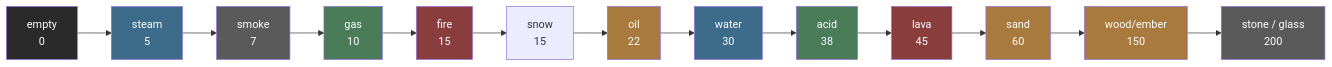
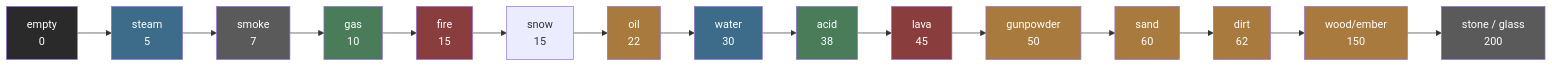
The third of 7 diagrams in docs/Sand/Adding-a-Material.md (jose-villegas/esp32-c6-dev), drawn with Mermaid before and after one commit. The commit also changed other lines of this file and 4 other files, not shown here.

Commit message:
docs(sand): gunpowder and the nibble-15 half-row split

````diff
--- a/docs/Sand/Adding-a-Material.md
+++ b/docs/Sand/Adding-a-Material.md
@@ -197,17 +197,19 @@
 ```mermaid
 flowchart LR
-    E["empty\n0"] --> S["steam\n5"] --> K["smoke\n7"] --> G["gas\n10"] --> F["fire\n15"] --> SN["snow\n15"] --> X["oil\n22"] --> W["water\n30"] --> AC["acid\n38"] --> LV["lava\n45"] --> A["sand\n60"] --> D["wood/ember\n150"] --> T["stone / glass\n200"]
+    E["empty\n0"] --> S["steam\n5"] --> K["smoke\n7"] --> G["gas\n10"] --> F["fire\n15"] --> SN["snow\n15"] --> X["oil\n22"] --> W["water\n30"] --> AC["acid\n38"] --> LV["lava\n45"] --> GP["gunpowder\n50"] --> A["sand\n60"] --> DT["dirt\n62"] --> D["wood/ember\n150"] --> T["stone / glass\n200"]
 
     style E fill:#2a2a2a,color:#fff
     style S fill:#3d6b8a,color:#fff
     style K fill:#5a5a5a,color:#fff
     style G fill:#4a7c59,color:#fff
     style F fill:#8a3d3d,color:#fff
     style W fill:#3d6b8a,color:#fff
     style A fill:#a87a3d,color:#fff
     style D fill:#a87a3d,color:#fff
     style T fill:#5a5a5a,color:#fff
     style X fill:#a87a3d,color:#fff
     style LV fill:#8a3d3d,color:#fff
     style AC fill:#4a7c59,color:#fff
+    style GP fill:#a87a3d,color:#fff
+    style DT fill:#a87a3d,color:#fff
 ```
````
